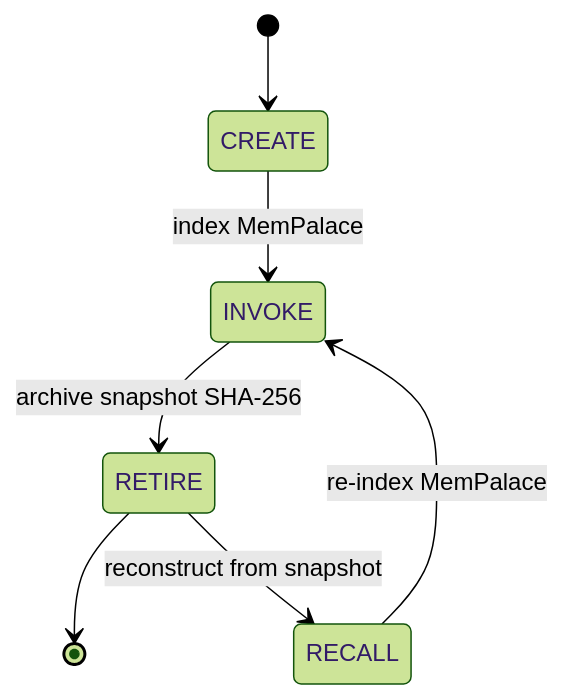
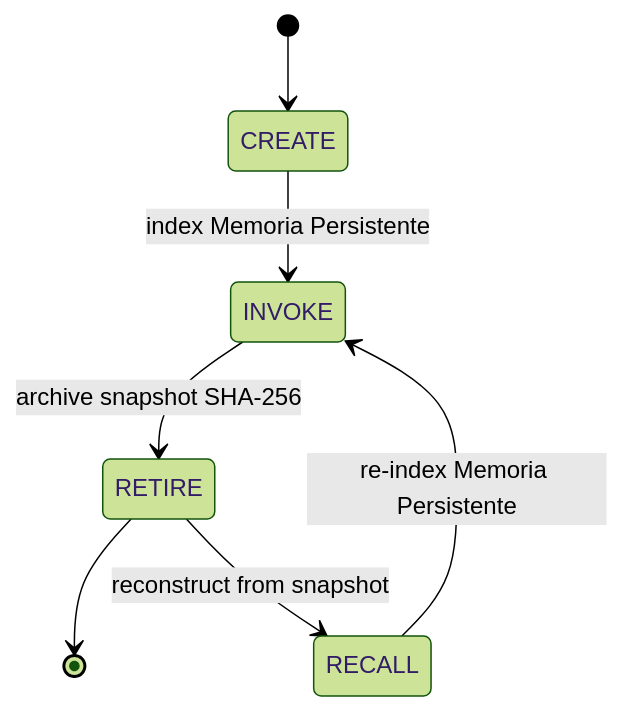
Before and after one commit to Cucholambr3ta/evol-system: the second of 6 diagrams in docs/arquitectura/ARQUITECTURA.md, drawn with Mermaid (forest theme). The commit also changed other lines of this file and 80 other files, not shown here.

````diff
--- a/docs/arquitectura/ARQUITECTURA.md
+++ b/docs/arquitectura/ARQUITECTURA.md
@@ -142,9 +142,9 @@
 ```mermaid
 stateDiagram-v2
     [*] --> CREATE
-    CREATE --> INVOKE: index MemPalace
+    CREATE --> INVOKE: index Memoria Persistente
     INVOKE --> RETIRE: archive snapshot SHA-256
     RETIRE --> [*]
     RETIRE --> RECALL: reconstruct from snapshot
-    RECALL --> INVOKE: re-index MemPalace
+    RECALL --> INVOKE: re-index Memoria Persistente
 ```
````
